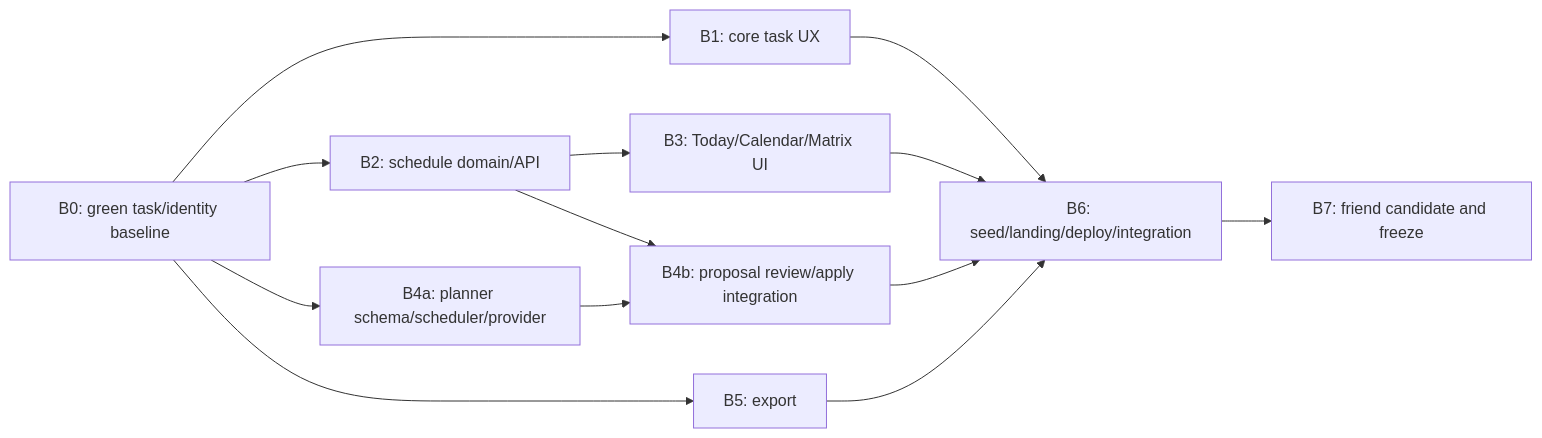
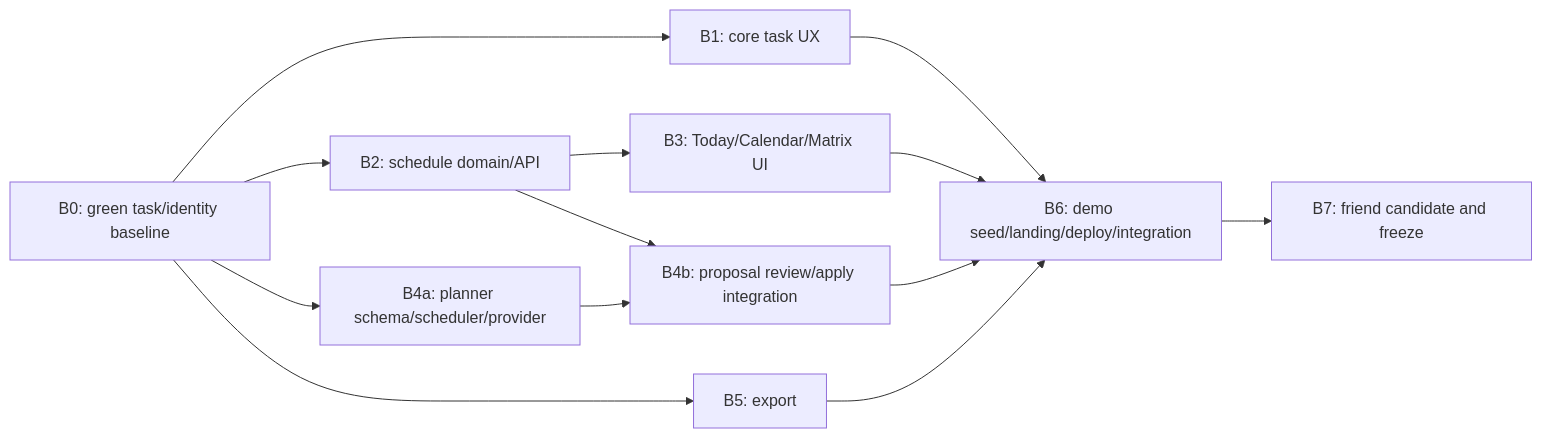
The diagram in docs/IMPLEMENTATION_PLAN.md (felixfirefighter/opentask), drawn with Mermaid before and after one commit. The commit also changed other lines of this file and 10 other files, not shown here.

Commit message:
docs: align landing ownership and seed truth

````diff
--- a/docs/IMPLEMENTATION_PLAN.md
+++ b/docs/IMPLEMENTATION_PLAN.md
@@ -46,15 +46,15 @@
 ```mermaid
 flowchart LR
     B["B0: green task/identity baseline"] --> T["B1: core task UX"]
     B --> S["B2: schedule domain/API"]
     S --> P["B3: Today/Calendar/Matrix UI"]
     B --> A1["B4a: planner schema/scheduler/provider"]
     S --> A2["B4b: proposal review/apply integration"]
     A1 --> A2
     B --> X["B5: export"]
-    T --> I["B6: seed/landing/deploy/integration"]
+    T --> I["B6: demo seed/landing/deploy/integration"]
     P --> I
     A2 --> I
     X --> I
     I --> F["B7: friend candidate and freeze"]
 ```
````
